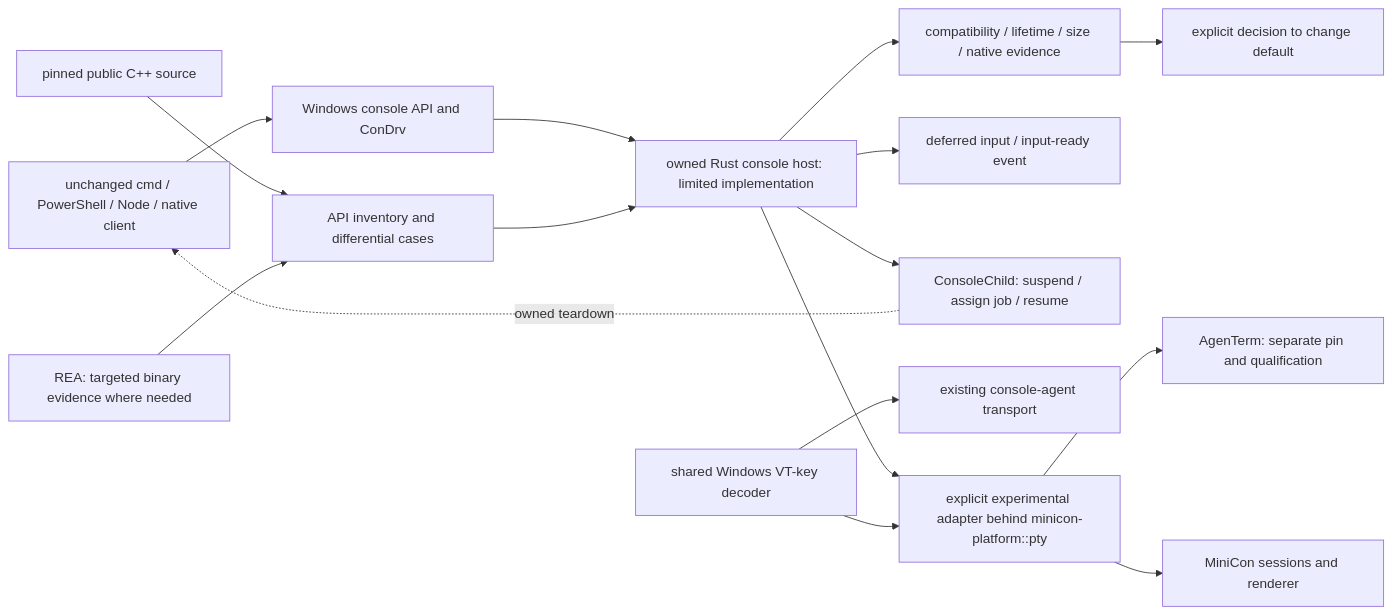
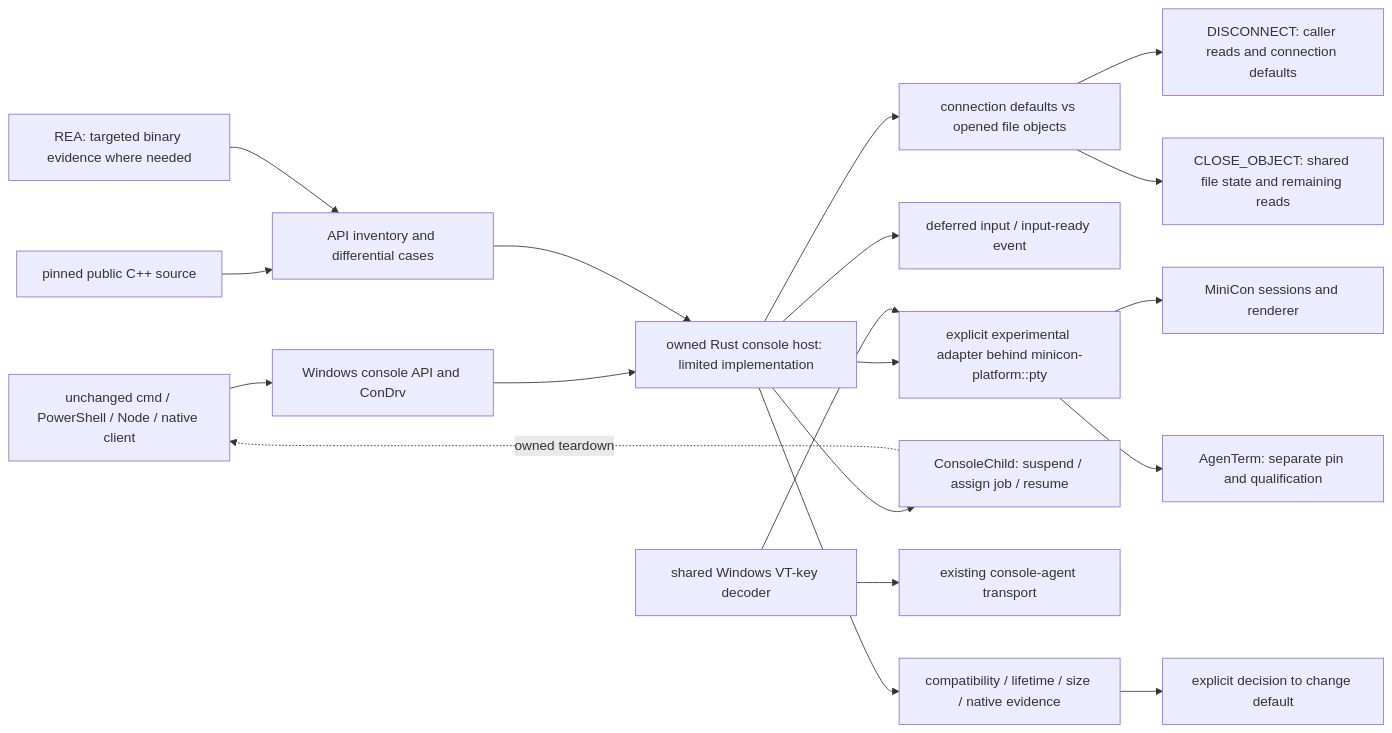
The diagram in prd/PRD_02_34_windows_console_backend.md (partnernetsoftware/minicon), drawn with Mermaid before and after one commit. The commit also changed other lines of this file and 9 other files, not shown here.

````diff
--- a/prd/PRD_02_34_windows_console_backend.md
+++ b/prd/PRD_02_34_windows_console_backend.md
@@ -50,18 +51,21 @@
 ```mermaid
 flowchart LR
     CLIENT["unchanged cmd / PowerShell / Node / native client"] --> API["Windows console API and ConDrv"]
     API --> HOST["owned Rust console host: limited implementation"]
     HOST --> ADAPTER["explicit experimental adapter behind minicon-platform::pty"]
     HOST --> INPUT["deferred input / input-ready event"]
+    HOST --> LIFE["connection defaults vs opened file objects"]
+    LIFE --> DEFAULTS["DISCONNECT: caller reads and connection defaults"]
+    LIFE --> FILES["CLOSE_OBJECT: shared file state and remaining reads"]
     HOST --> JOB["ConsoleChild: suspend / assign job / resume"]
     JOB -. "owned teardown" .-> CLIENT
     ADAPTER --> MC["MiniCon sessions and renderer"]
     ADAPTER --> AG["AgenTerm: separate pin and qualification"]
     KEYS["shared Windows VT-key decoder"] --> ADAPTER
     KEYS --> OLD["existing console-agent transport"]
     SRC["pinned public C++ source"] --> SPEC["API inventory and differential cases"]
     REA["REA: targeted binary evidence where needed"] --> SPEC
     SPEC --> HOST
     GATE["compatibility / lifetime / size / native evidence"] --> DEFAULT["explicit decision to change default"]
     HOST --> GATE
 ```
````
